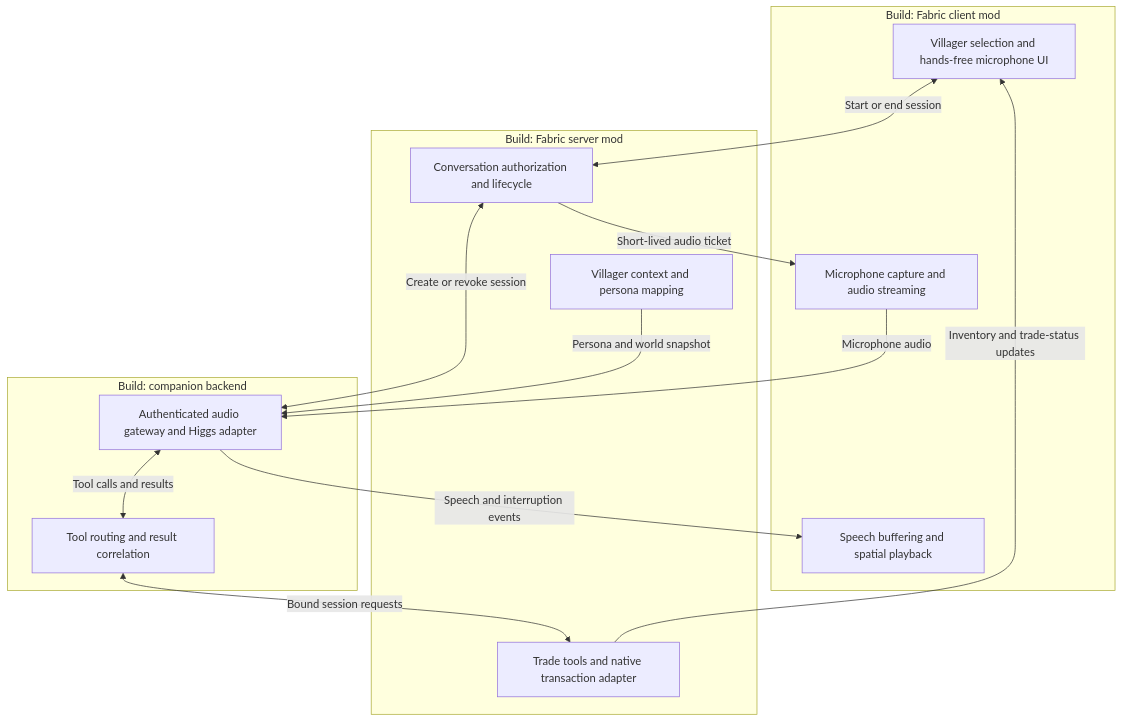
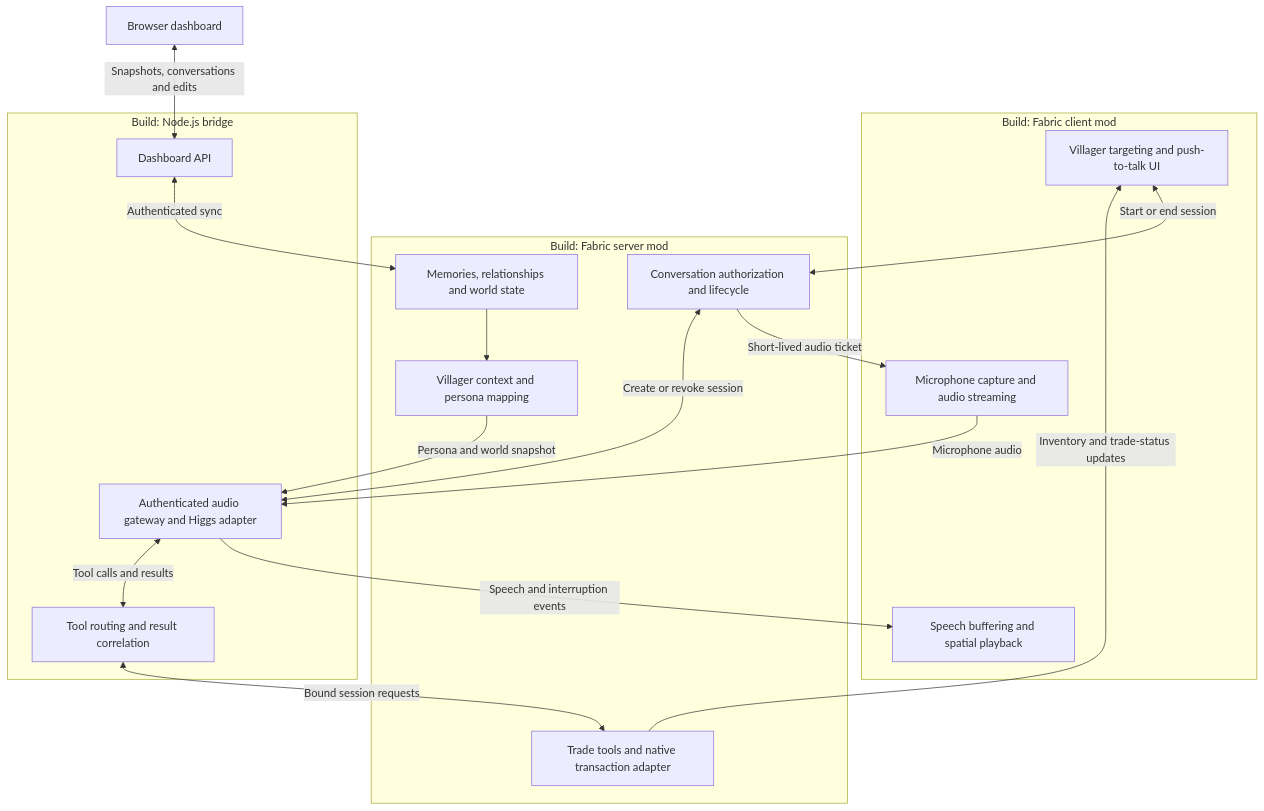
Before and after one commit to vchopra5/higgs-and-hrrm: the diagram in docs/architecture.md, drawn with Mermaid. The commit also changed other lines of this file and 7 other files, not shown here.

````diff
--- a/docs/architecture.md
+++ b/docs/architecture.md
@@ -26,29 +32,35 @@
 ```mermaid
 flowchart TB
     subgraph clientMod ["Build: Fabric client mod"]
-        interaction["Villager selection and hands-free microphone UI"]
+        interaction["Villager targeting and push-to-talk UI"]
         capture["Microphone capture and audio streaming"]
         playback["Speech buffering and spatial playback"]
     end
 
     subgraph serverMod ["Build: Fabric server mod"]
         sessions["Conversation authorization and lifecycle"]
         context["Villager context and persona mapping"]
         trades["Trade tools and native transaction adapter"]
+        state["Memories, relationships and world state"]
     end
 
-    subgraph backend ["Build: companion backend"]
+    subgraph backend ["Build: Node.js bridge"]
         voice["Authenticated audio gateway and Higgs adapter"]
         tools["Tool routing and result correlation"]
+        dashboard["Dashboard API"]
     end
 
+    browser["Browser dashboard"]
+    browser <-->|"Snapshots, conversations and edits"| dashboard
+    dashboard <-->|"Authenticated sync"| state
+    state --> context
     interaction <-->|"Start or end session"| sessions
     sessions -->|"Short-lived audio ticket"| capture
     capture -->|"Microphone audio"| voice
     voice -->|"Speech and interruption events"| playback
     sessions <-->|"Create or revoke session"| voice
     context -->|"Persona and world snapshot"| voice
     voice <-->|"Tool calls and results"| tools
     tools <-->|"Bound session requests"| trades
     trades -->|"Inventory and trade-status updates"| interaction
 ```
````
